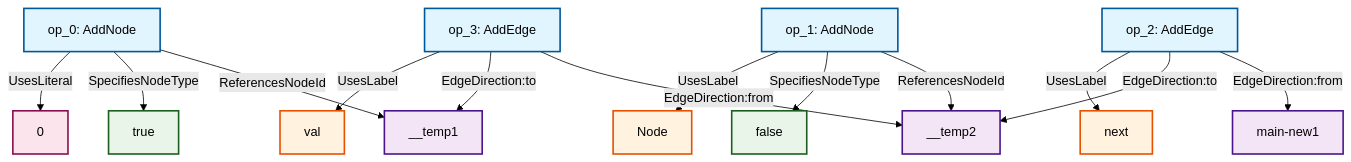
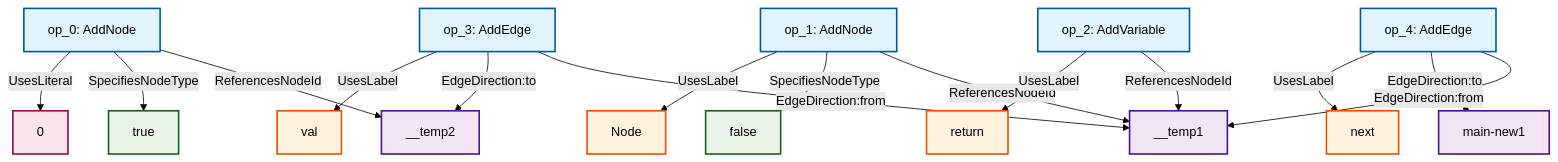
One commit to ta-yoshi02/RefSyn changed the third of 19 diagrams in src/algo.md. Above: the diagram before and after it, drawn with Mermaid (forest theme). The commit also changed other lines of this file, not shown here.

````diff
--- a/src/algo.md
+++ b/src/algo.md
@@ -790,50 +759,56 @@
 ```mermaid
 graph TD
     %% Operations
-    Op0P[op_0: AddNode]:::operation
-    Op1P[op_1: AddNode]:::operation
-    Op2P[op_2: AddEdge]:::operation
-    Op3P[op_3: AddEdge]:::operation
+    Op0PreP[op_0: AddNode]:::operation
+    Op1PreP[op_1: AddNode]:::operation
+    Op2PreP[op_2: AddVariable]:::operation
+    Op3PreP[op_3: AddEdge]:::operation
+    Op4PreP[op_4: AddEdge]:::operation
     
     %% Node IDs
-    NodeId1P[__temp1]:::nodeId
-    NodeId2P[__temp2]:::nodeId
-    NodeId3P[main-new1]:::nodeId
+    NodeId1PreP[__temp2]:::nodeId
+    NodeId2PreP[__temp1]:::nodeId
+    NodeId3PreP[main-new1]:::nodeId
     
     %% Node Types
-    Type1P[true]:::nodeType
-    Type2P[false]:::nodeType
+    Type1PreP[true]:::nodeType
+    Type2PreP[false]:::nodeType
     
     %% Labels and Literals
-    Literal1P[0]:::literal
-    Label1P[Node]:::label
-    Label2P[next]:::label
-    Label3P[val]:::label
+    Literal1PreP[0]:::literal
+    Label1PreP[Node]:::label
+    Label2PreP[return]:::label
+    Label3PreP[val]:::label
+    Label4PreP[next]:::label
     
     %% op_0 connections
-    Op0P -->|ReferencesNodeId| NodeId1P
-    Op0P -->|SpecifiesNodeType| Type1P
-    Op0P -->|UsesLiteral| Literal1P
+    Op0PreP -->|ReferencesNodeId| NodeId1PreP
+    Op0PreP -->|SpecifiesNodeType| Type1PreP
+    Op0PreP -->|UsesLiteral| Literal1PreP
     
     %% op_1 connections
-    Op1P -->|ReferencesNodeId| NodeId2P
-    Op1P -->|SpecifiesNodeType| Type2P
-    Op1P -->|UsesLabel| Label1P
+    Op1PreP -->|ReferencesNodeId| NodeId2PreP
+    Op1PreP -->|SpecifiesNodeType| Type2PreP
+    Op1PreP -->|UsesLabel| Label1PreP
     
     %% op_2 connections
-    Op2P -->|EdgeDirection:from| NodeId3P
-    Op2P -->|EdgeDirection:to| NodeId2P
-    Op2P -->|UsesLabel| Label2P
+    Op2PreP -->|ReferencesNodeId| NodeId2PreP
+    Op2PreP -->|UsesLabel| Label2PreP
     
     %% op_3 connections
-    Op3P -->|EdgeDirection:from| NodeId2P
-    Op3P -->|EdgeDirection:to| NodeId1P
-    Op3P -->|UsesLabel| Label3P
+    Op3PreP -->|EdgeDirection:from| NodeId2PreP
+    Op3PreP -->|EdgeDirection:to| NodeId1PreP
+    Op3PreP -->|UsesLabel| Label3PreP
+    
+    %% op_4 connections
+    Op4PreP -->|EdgeDirection:from| NodeId2PreP
+    Op4PreP -->|EdgeDirection:to| NodeId3PreP
+    Op4PreP -->|UsesLabel| Label4PreP
     
     %% Styling
     classDef operation fill:#e1f5fe,stroke:#01579b,stroke-width:2px
     classDef nodeId fill:#f3e5f5,stroke:#4a148c,stroke-width:2px
     classDef nodeType fill:#e8f5e8,stroke:#1b5e20,stroke-width:2px
     classDef label fill:#fff3e0,stroke:#e65100,stroke-width:2px
     classDef literal fill:#fce4ec,stroke:#880e4f,stroke-width:2px
 ```
````
